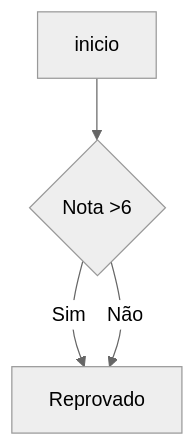
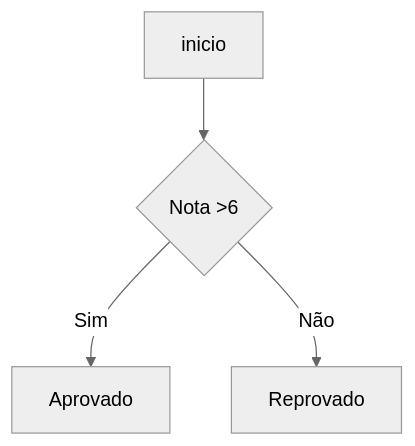
One commit to ramtrigodev/grafico_gant changed the third of 3 diagrams in README.md. Above: the diagram before and after it, drawn with Mermaid (neutral theme).

````diff
--- a/README.md
+++ b/README.md
@@ -34,7 +34,7 @@
 ```mermaid
 graph TD;
   A[inicio] --> B{Nota >6};
   B -->|Sim| C[Aprovado];
- B --> |Não| C[Reprovado];
+ B --> |Não| D[Reprovado];
 
 ```
````
